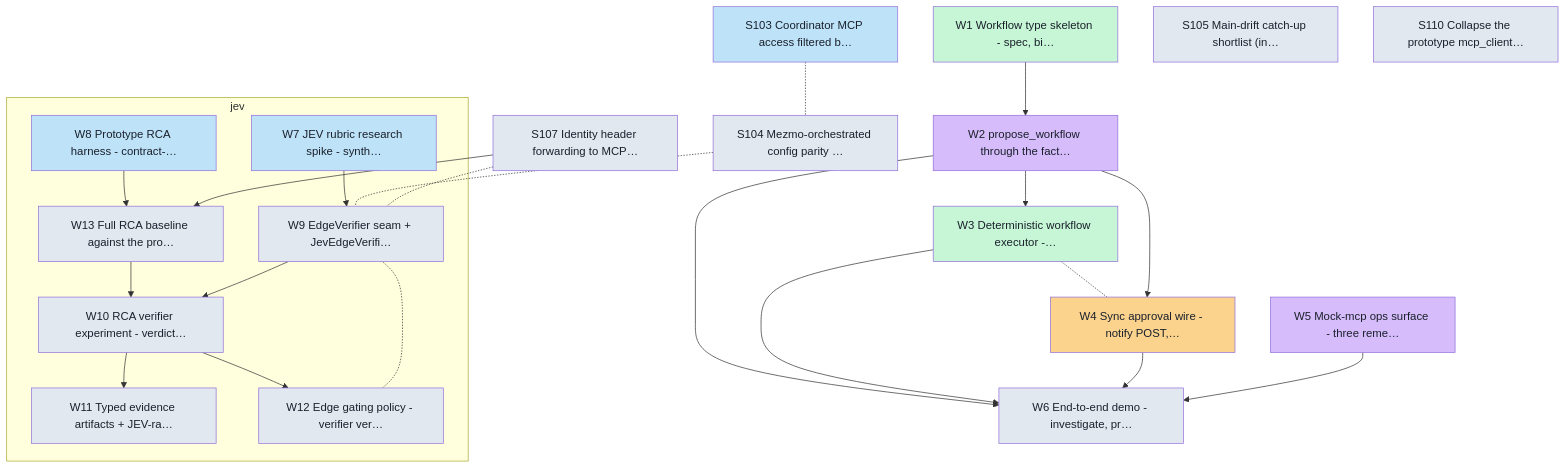
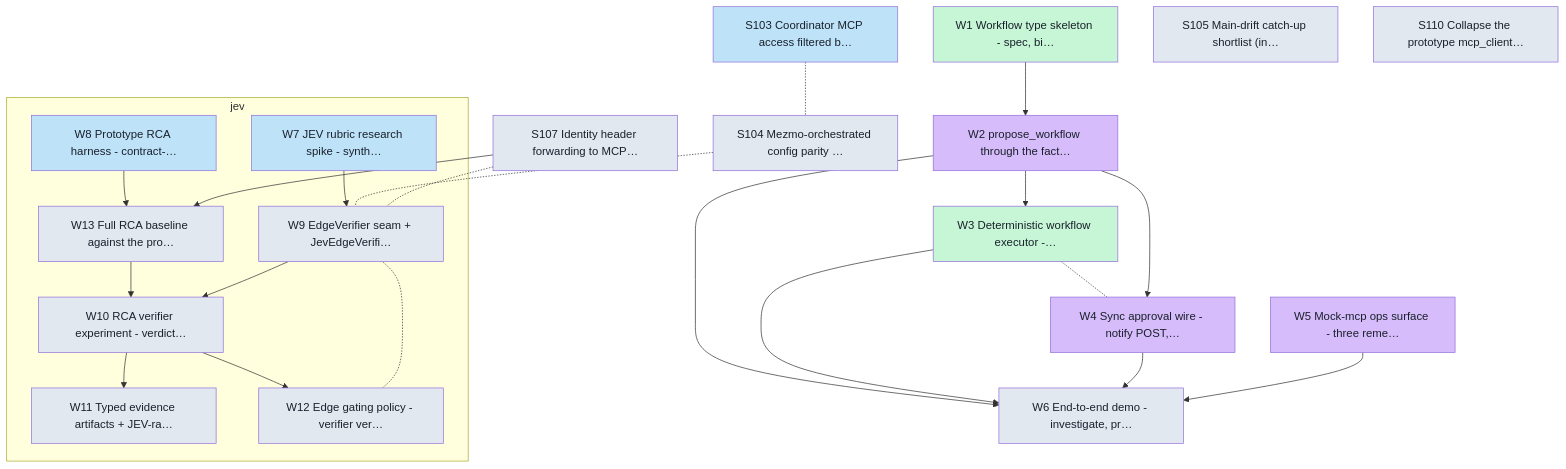
The diagram in docs/board/cards/graph.md (Shearerbeard/agent-driver-prototype), drawn with Mermaid before and after one commit. The commit also changed 3 other files, not shown here.

````diff
--- a/docs/board/cards/graph.md
+++ b/docs/board/cards/graph.md
@@ -8,47 +8,47 @@
 ```mermaid
 flowchart TD
   classDef backlog fill:#e2e8f0,color:#1a202c;
   classDef ready fill:#bee3f8,color:#1a202c;
   classDef inprogress fill:#fbd38d,color:#1a202c;
   classDef inreview fill:#d6bcfa,color:#1a202c;
   classDef done fill:#c6f6d5,color:#1a202c;
   subgraph lane_jev["jev"]
     W7["W7 JEV rubric research spike - synth…"]:::ready
     W8["W8 Prototype RCA harness - contract-…"]:::ready
     W9["W9 EdgeVerifier seam + JevEdgeVerifi…"]:::backlog
     W10["W10 RCA verifier experiment - verdict…"]:::backlog
     W11["W11 Typed evidence artifacts + JEV-ra…"]:::backlog
     W12["W12 Edge gating policy - verifier ver…"]:::backlog
     W13["W13 Full RCA baseline against the pro…"]:::backlog
   end
   W1["W1 Workflow type skeleton - spec, bi…"]:::done
   W2["W2 propose_workflow through the fact…"]:::inreview
   W3["W3 Deterministic workflow executor -…"]:::done
-  W4["W4 Sync approval wire - notify POST,…"]:::inprogress
+  W4["W4 Sync approval wire - notify POST,…"]:::inreview
   W5["W5 Mock-mcp ops surface - three reme…"]:::inreview
   W6["W6 End-to-end demo - investigate, pr…"]:::backlog
   S103["S103 Coordinator MCP access filtered b…"]:::ready
   S104["S104 Mezmo-orchestrated config parity …"]:::backlog
   S105["S105 Main-drift catch-up shortlist (in…"]:::backlog
   S107["S107 Identity header forwarding to MCP…"]:::backlog
   S110["S110 Collapse the prototype mcp_client…"]:::backlog
   W1 --> W2
   W2 --> W3
   W3 -.- W4
   W2 --> W4
   W2 --> W6
   W3 --> W6
   W4 --> W6
   W5 --> W6
   W7 --> W9
   W13 --> W10
   W9 --> W10
   W10 --> W11
   W10 --> W12
   W12 -.- W9
   W8 --> W13
   S107 --> W13
   S103 -.- S104
   S104 -.- W9
   S107 -.- W9
 ```
````
